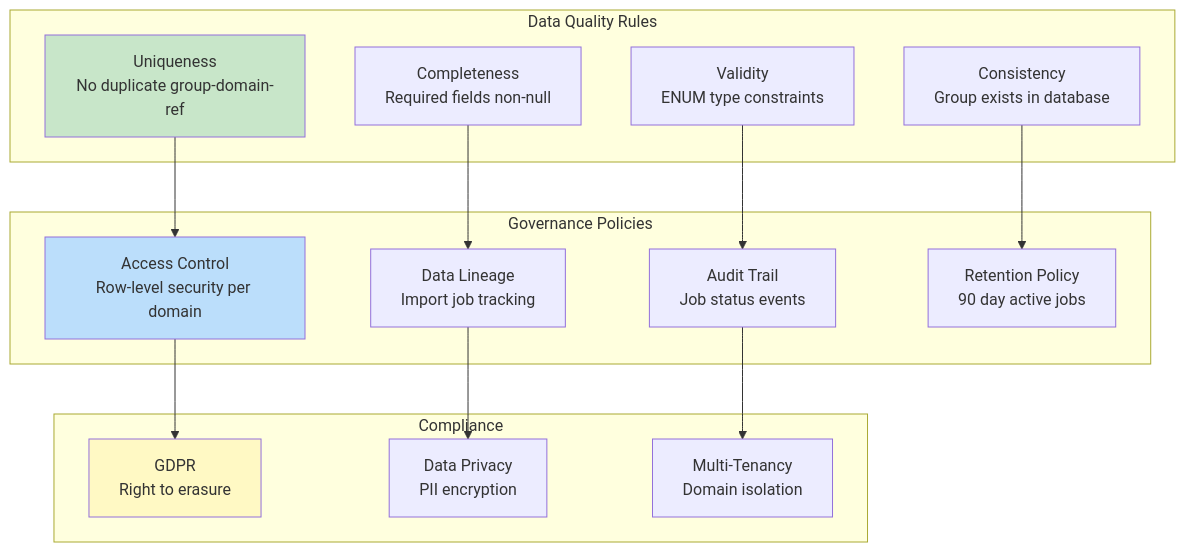
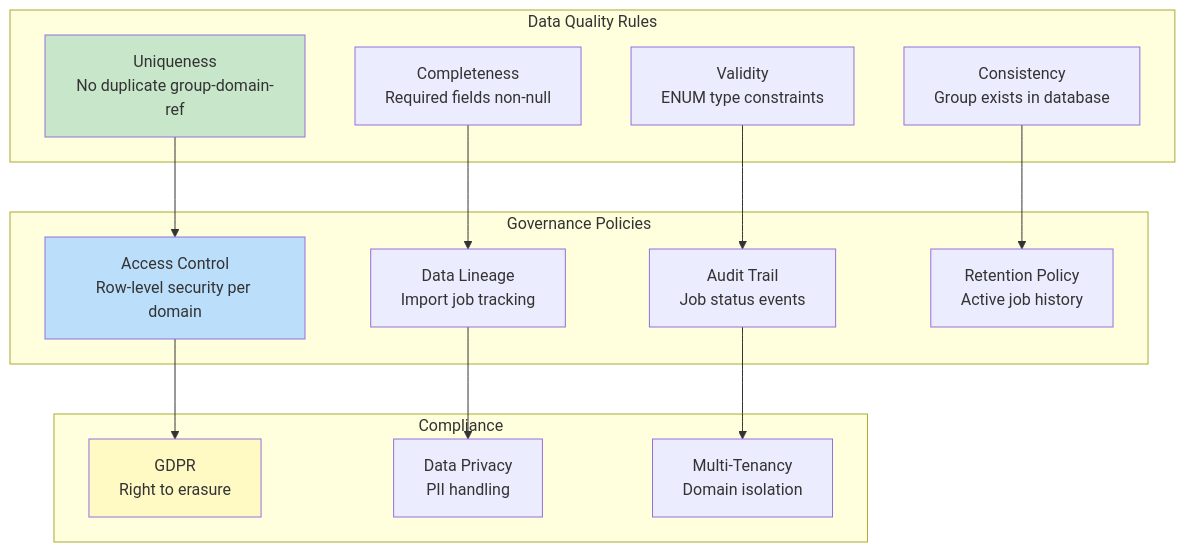
The seventh of 7 diagrams in docs/High Level Designs/NodesImport.md (kagit00/schedule_x), drawn with Mermaid before and after one commit. The commit also changed other lines of this file and 7 other files, not shown here.

````diff
--- a/docs/High Level Designs/NodesImport.md
+++ b/docs/High Level Designs/NodesImport.md
@@ -447,36 +442,35 @@
 ```mermaid
 graph TB
     subgraph "Data Quality Rules"
         Q1["Uniqueness<br/>No duplicate group-domain-ref"]
         Q2["Completeness<br/>Required fields non-null"]
         Q3["Validity<br/>ENUM type constraints"]
         Q4["Consistency<br/>Group exists in database"]
     end
 
     subgraph "Governance Policies"
         G1["Access Control<br/>Row-level security per domain"]
         G2["Data Lineage<br/>Import job tracking"]
         G3["Audit Trail<br/>Job status events"]
-        G4["Retention Policy<br/>90 day active jobs"]
+        G4["Retention Policy<br/>Active job history"]
     end
 
     subgraph "Compliance"
         C1["GDPR<br/>Right to erasure"]
-        C2["Data Privacy<br/>PII encryption"]
+        C2["Data Privacy<br/>PII handling"]
         C3["Multi-Tenancy<br/>Domain isolation"]
     end
 
     Q1 --> G1
     Q2 --> G2
     Q3 --> G3
     Q4 --> G4
 
     G1 --> C1
     G2 --> C2
     G3 --> C3
 
     style Q1 fill:#C8E6C9
     style G1 fill:#BBDEFB
     style C1 fill:#FFF9C4
-
 ```
````
